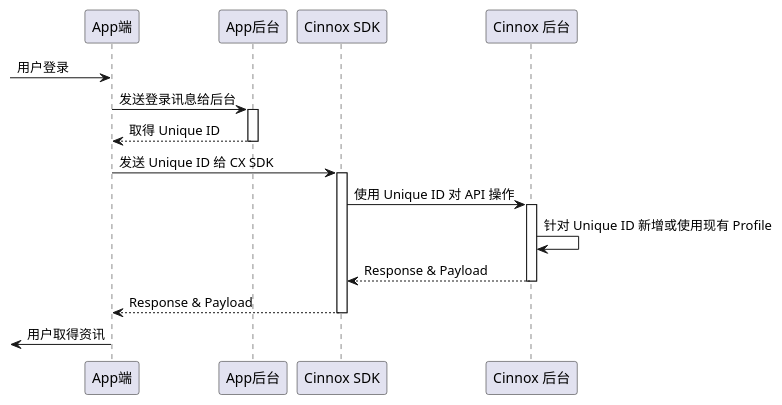
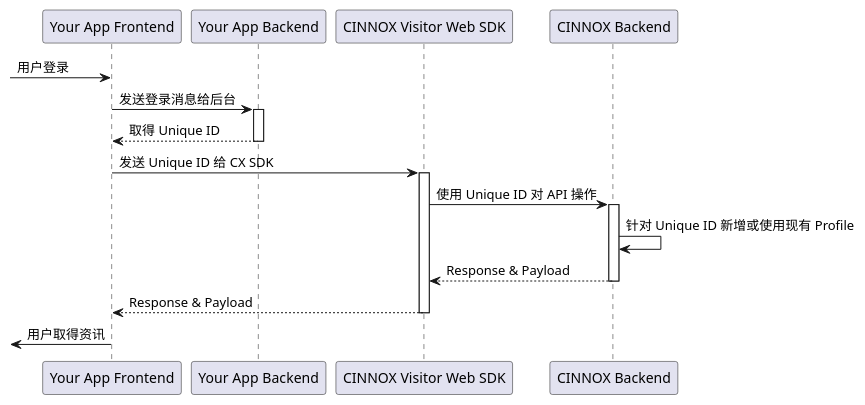
Before and after one commit to CinnoxGitHub/visitor-web-sdk: the diagram in README.md, drawn with PlantUML. The commit also changed other lines of this file, not shown here.

````diff
--- a/README.md
+++ b/README.md
@@ -65,26 +66,26 @@
 ```plantuml
 @startuml
-participant "App端" as app
-participant "App后台" as backend
-participant "Cinnox SDK" as sdk
-participant "Cinnox 后台" as cinnox
+participant "Your App Frontend" as app
+participant "Your App Backend" as backend
+participant "CINNOX Visitor Web SDK" as sdk
+participant "CINNOX Backend" as cinnox
 
 [->app: 用户登录
-app->backend: 发送登录讯息给后台
+app->backend: 发送登录消息给后台
 
 activate backend
 backend-->app: 取得 Unique ID
 deactivate backend
 
 app->sdk: 发送 Unique ID 给 CX SDK
 activate sdk
 sdk->cinnox: 使用 Unique ID 对 API 操作
 activate cinnox
 cinnox->cinnox: 针对 Unique ID 新增或使用现有 Profile
 cinnox-->sdk: Response & Payload
 deactivate cinnox
 sdk-->app: Response & Payload
 deactivate sdk
 [<-app: 用户取得资讯
 @enduml
 ```
````
